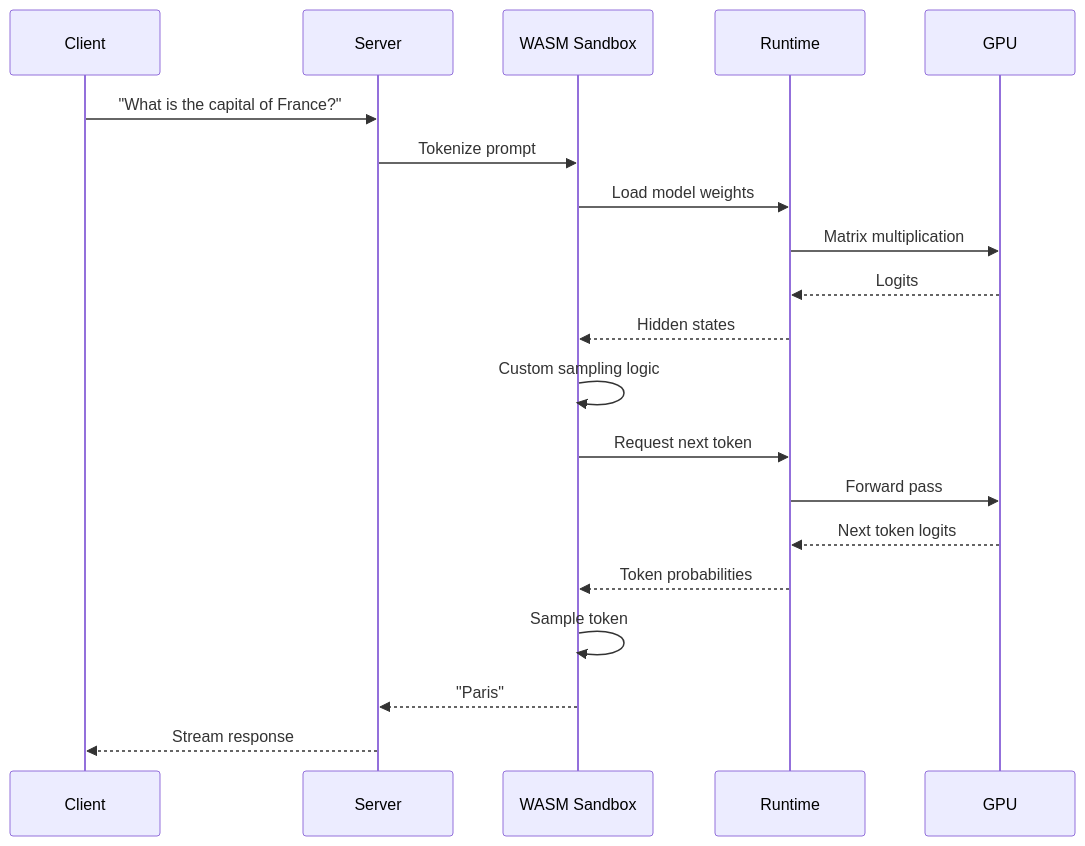
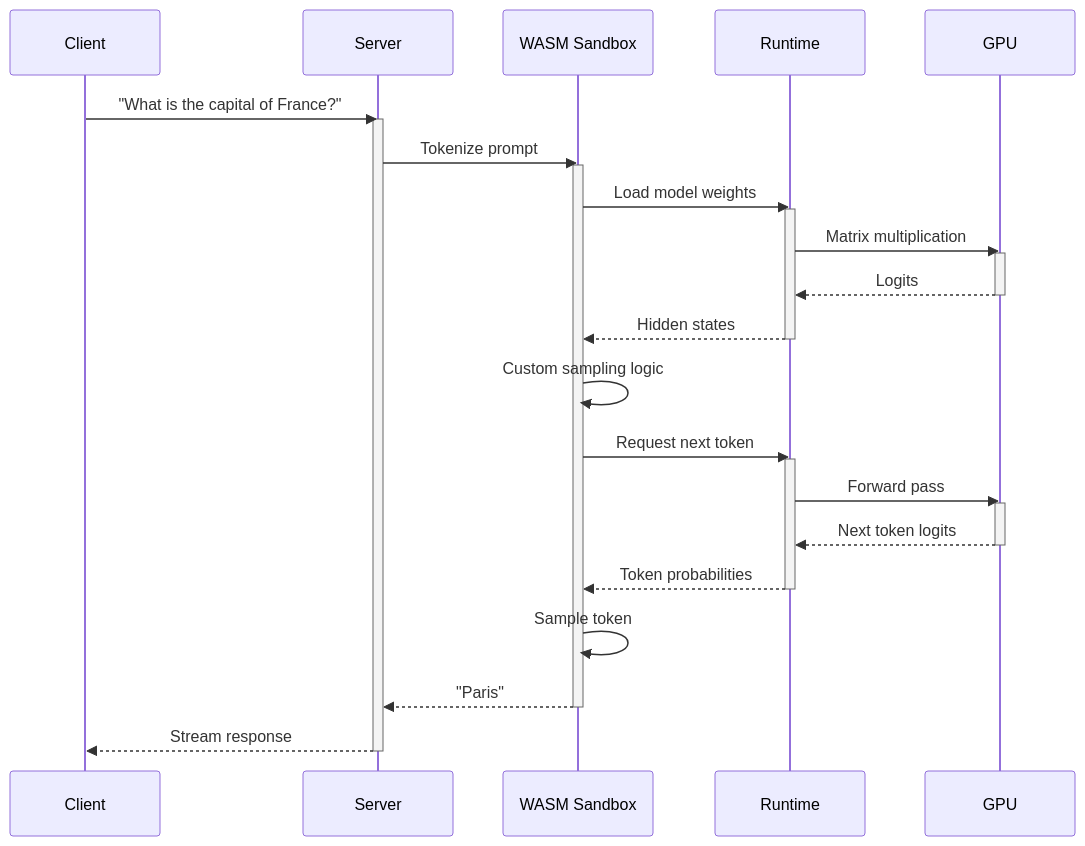
Before and after one commit to Querent-ai/realm: the fifth of 6 diagrams in README.md, drawn with Mermaid. The commit also changed other lines of this file, not shown here.

Commit message:
clean mermaids

````diff
--- a/README.md
+++ b/README.md
@@ -342,23 +342,35 @@
 ```mermaid
 sequenceDiagram
     participant Client
     participant Server
     participant WASM as WASM Sandbox
     participant Runtime
     participant GPU
     
     Client->>Server: "What is the capital of France?"
+    activate Server
     Server->>WASM: Tokenize prompt
+    activate WASM
     WASM->>Runtime: Load model weights
+    activate Runtime
     Runtime->>GPU: Matrix multiplication
+    activate GPU
     GPU-->>Runtime: Logits
+    deactivate GPU
     Runtime-->>WASM: Hidden states
+    deactivate Runtime
     WASM->>WASM: Custom sampling logic
     WASM->>Runtime: Request next token
+    activate Runtime
     Runtime->>GPU: Forward pass
+    activate GPU
     GPU-->>Runtime: Next token logits
+    deactivate GPU
     Runtime-->>WASM: Token probabilities
+    deactivate Runtime
     WASM->>WASM: Sample token
     WASM-->>Server: "Paris"
+    deactivate WASM
     Server-->>Client: Stream response
+    deactivate Server
 ```
````
